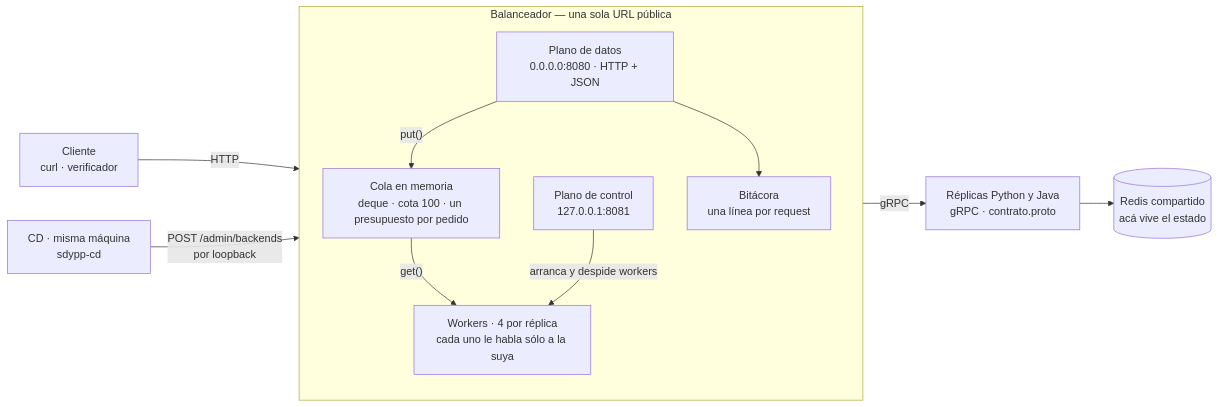
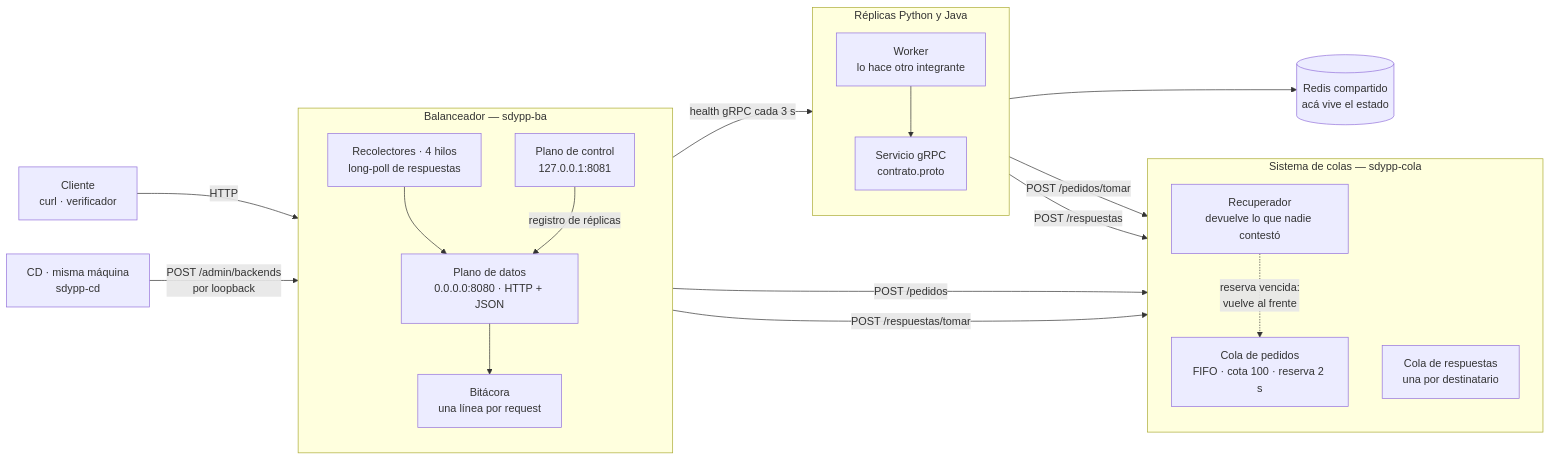
Before and after one commit to SDyPPTpGrupal/sdypp_balanceador: the first of 2 diagrams in README.md, drawn with Mermaid. The commit also changed other lines of this file and 17 other files, not shown here.

Commit message:
Saco la cola del balanceador: sistema aparte con cola de pedidos y de respuestas

````diff
--- a/README.md
+++ b/README.md
@@ -18,26 +23,42 @@
 ```mermaid
 flowchart LR
     CLI["Cliente<br/>curl · verificador"]
 
-    subgraph BA["Balanceador — una sola URL pública"]
+    subgraph BA["Balanceador — sdypp-ba"]
         direction TB
         DATOS["Plano de datos<br/>0.0.0.0:8080 · HTTP + JSON"]
-        COLA["Cola en memoria<br/>deque · cota 100 · un presupuesto por pedido"]
-        W["Workers · 4 por réplica<br/>cada uno le habla sólo a la suya"]
+        REC["Recolectores · 4 hilos<br/>long-poll de respuestas"]
         CTRL["Plano de control<br/>127.0.0.1:8081"]
         BIT["Bitácora<br/>una línea por request"]
     end
 
-    REP["Réplicas Python y Java<br/>gRPC · contrato.proto"]
+    subgraph SC["Sistema de colas — sdypp-cola"]
+        direction TB
+        CP["Cola de pedidos<br/>FIFO · cota 100 · reserva 2 s"]
+        CR["Cola de respuestas<br/>una por destinatario"]
+        RECUP["Recuperador<br/>devuelve lo que nadie contestó"]
+    end
+
+    subgraph REP["Réplicas Python y Java"]
+        direction TB
+        W["Worker<br/>lo hace otro integrante"]
+        SRV["Servicio gRPC<br/>contrato.proto"]
+    end
+
     RD[("Redis compartido<br/>acá vive el estado")]
     CD["CD · misma máquina<br/>sdypp-cd"]
 
     CLI -->|"HTTP"| DATOS
-    DATOS -->|"put()"| COLA
-    COLA -->|"get()"| W
-    W -->|"gRPC"| REP
-    REP --> RD
+    DATOS -->|"POST /pedidos"| CP
+    W -->|"POST /pedidos/tomar"| CP
+    W --> SRV
+    SRV --> RD
+    W -->|"POST /respuestas"| CR
+    REC -->|"POST /respuestas/tomar"| CR
+    REC --> DATOS
+    RECUP -.->|"reserva vencida:<br/>vuelve al frente"| CP
     CD -->|"POST /admin/backends<br/>por loopback"| CTRL
-    CTRL -->|"arranca y despide workers"| W
+    CTRL -->|"registro de réplicas"| DATOS
+    DATOS -->|"health gRPC cada 3 s"| SRV
     DATOS --> BIT
 ```
````
